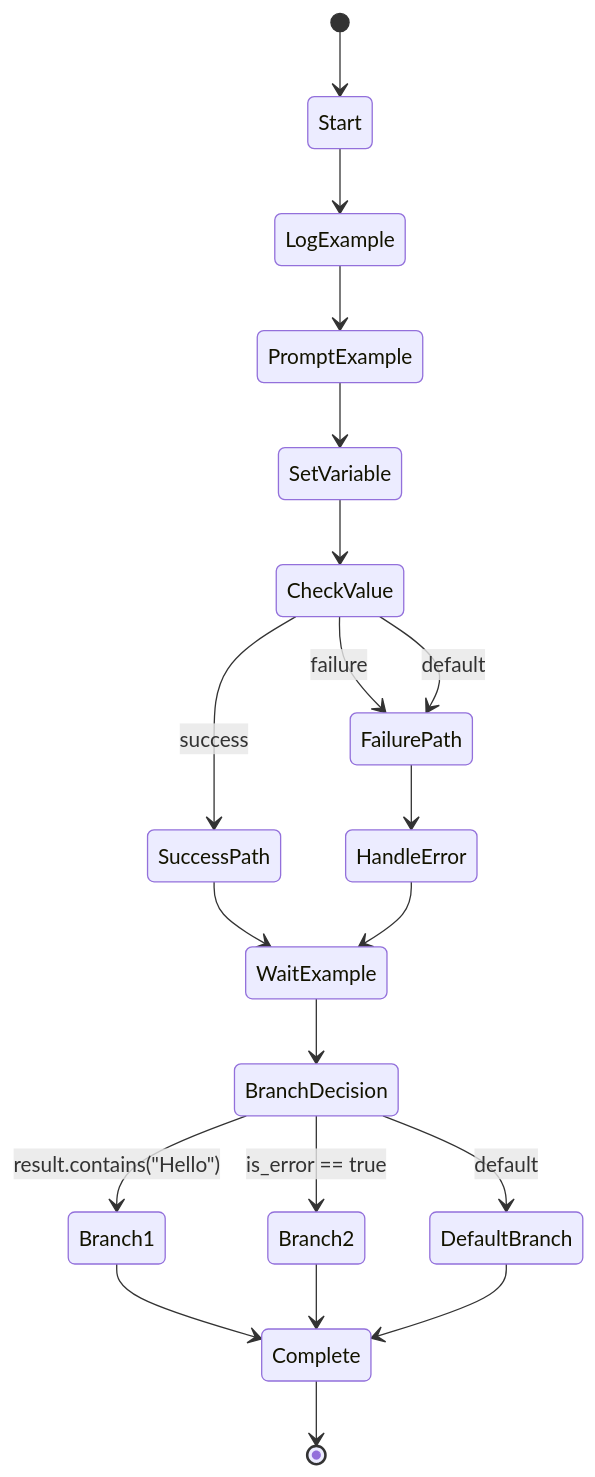
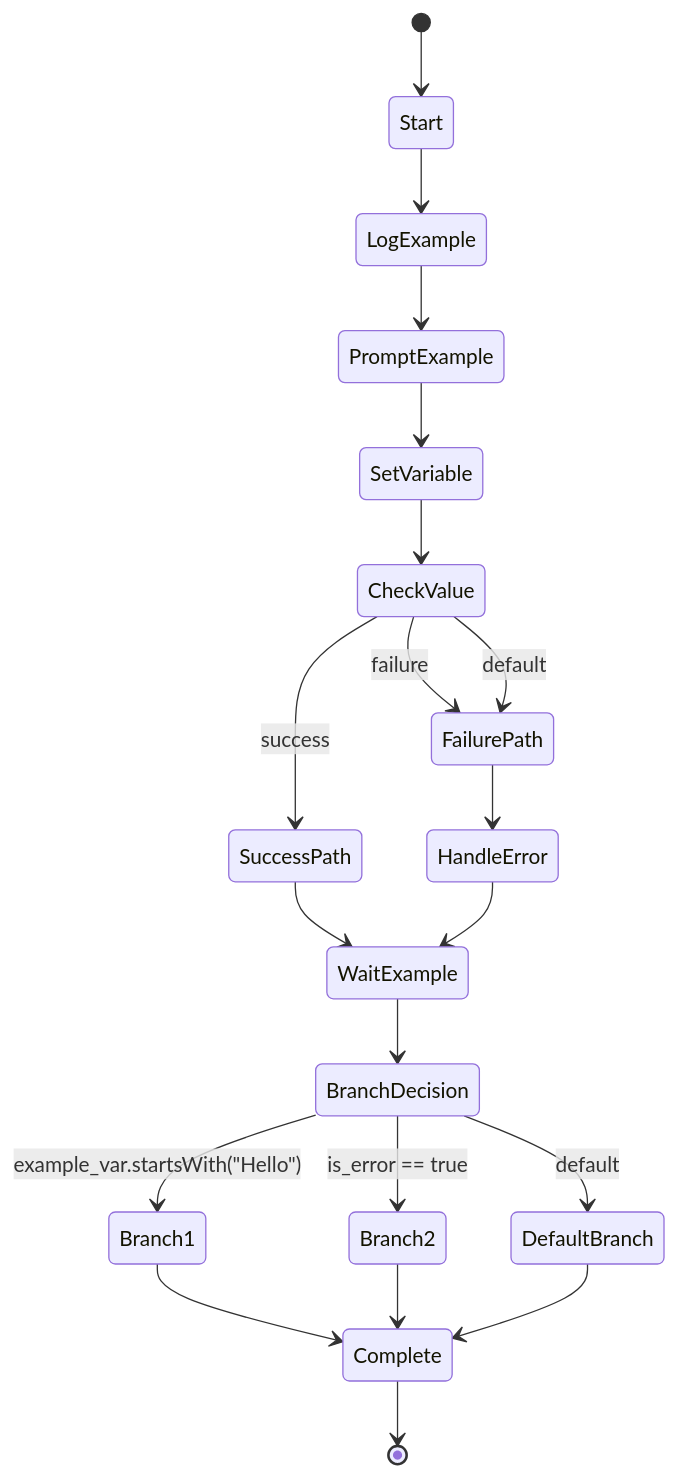
The diagram in builtin/workflows/example-actions.md (swissarmyhammer/swissarmyhammer), drawn with Mermaid before and after one commit. The commit also changed 2 other files, not shown here.

Commit message:
fix: replace WorkflowStorage with LazyWorkflowStorage and implement local run cleanup
- Replace problematic FileSystemWorkflowStorage with LazyWorkflowStorage that loads workflows on-demand
- Implement local workflow run storage in .swissarmyhammer/workflow-runs/ directory
- Add cleanup_old_successful_runs() to maintain only 50 most recent successful runs
- Update .gitignore to exclude workflow-runs/ subdirectory while preserving config files
- Fix example-actions.md workflow condition: result.contains("Hello") -> example_var.startsWith("Hello")
- All 2080 tests now pass successfully

🤖 Generated with [Claude Code](https://claude.ai/code)

````diff
--- a/builtin/workflows/example-actions.md
+++ b/builtin/workflows/example-actions.md
@@ -16,22 +16,22 @@
 ```mermaid
 stateDiagram-v2
     [*] --> Start
     Start --> LogExample
     LogExample --> PromptExample
     PromptExample --> SetVariable
     SetVariable --> CheckValue
     CheckValue --> SuccessPath: success
     CheckValue --> FailurePath: failure
     CheckValue --> FailurePath: default
     SuccessPath --> WaitExample
     FailurePath --> HandleError
     HandleError --> WaitExample
     WaitExample --> BranchDecision
-    BranchDecision --> Branch1: result.contains("Hello")
+    BranchDecision --> Branch1: example_var.startsWith("Hello")
     BranchDecision --> Branch2: is_error == true
     BranchDecision --> DefaultBranch: default
     Branch1 --> Complete
     Branch2 --> Complete
     DefaultBranch --> Complete
     Complete --> [*]
 ```
````
